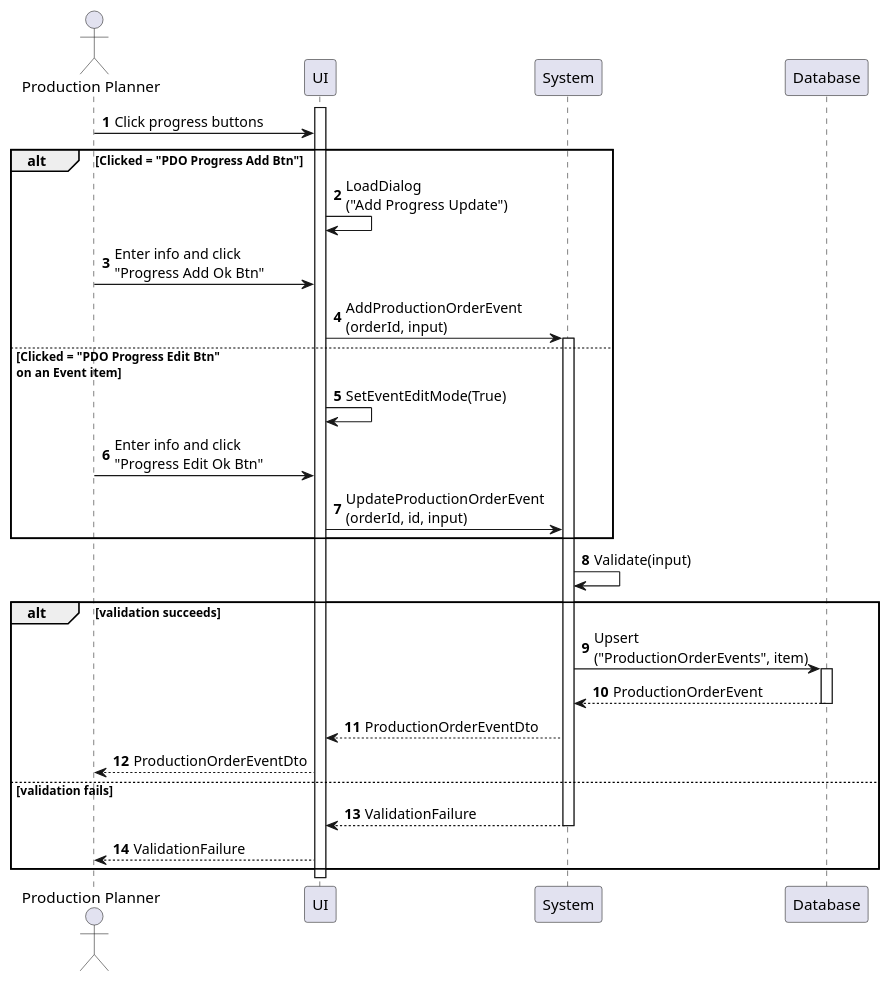
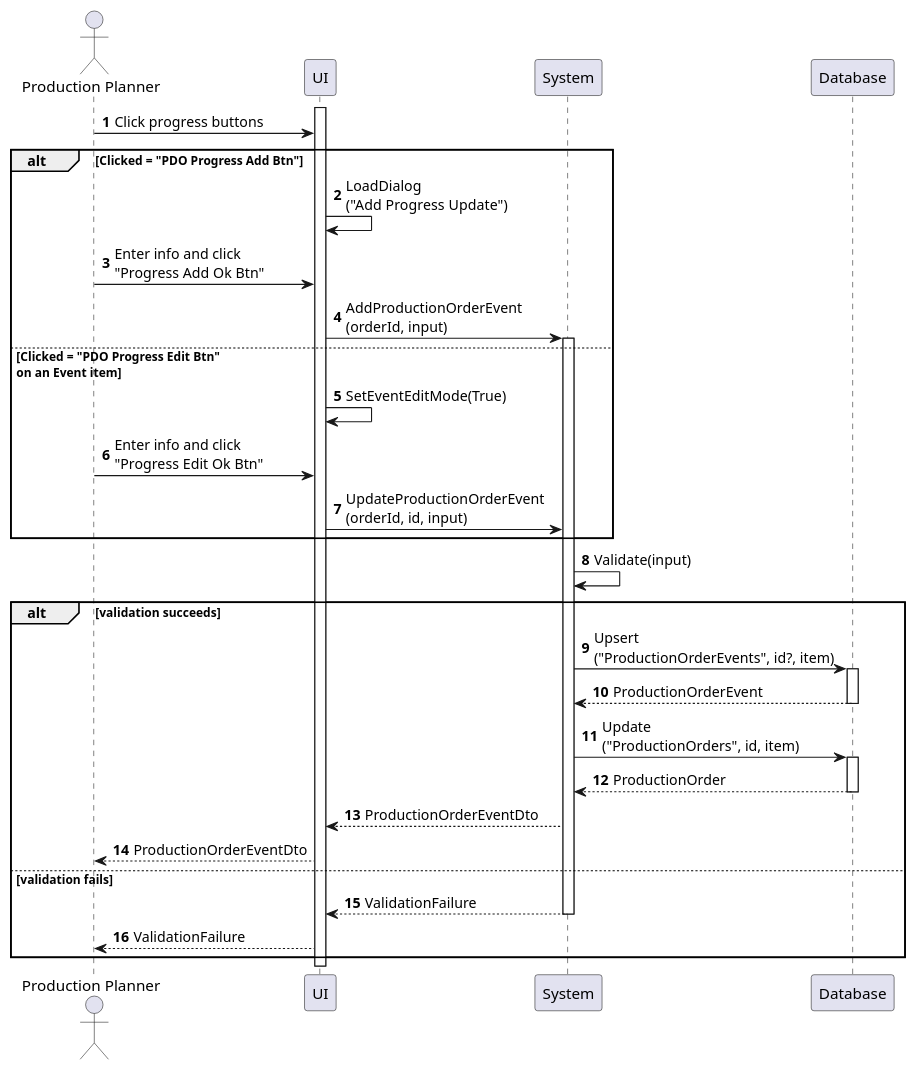
Before and after one commit to phihungha/scmss-reqs: the diagram in sequences/production-order-update-progress.plantuml, drawn with PlantUML. The commit also changed 5 other files, not shown here.

```diff
--- a/sequences/production-order-update-progress.plantuml
+++ b/sequences/production-order-update-progress.plantuml
@@ -1,36 +1,39 @@
 @startuml production-order-update-progress
 autonumber
 
 actor "Production Planner" as a
 participant UI as f
 participant System as b
 participant Database as d
 
 activate f
 a -> f : Click progress buttons
 
 alt Clicked = "PDO Progress Add Btn"
     f -> f : LoadDialog\n("Add Progress Update")
     a -> f : Enter info and click\n"Progress Add Ok Btn"
     f -> b : AddProductionOrderEvent\n(orderId, input)
     activate b
 else Clicked = "PDO Progress Edit Btn"\non an Event item
     f -> f : SetEventEditMode(True)
     a -> f : Enter info and click\n"Progress Edit Ok Btn"
     f -> b : UpdateProductionOrderEvent\n(orderId, id, input)
 end
 
 activate b
 b -> b : Validate(input)
 
 alt validation succeeds
-    b -> d : Upsert\n("ProductionOrderEvents", item)
+    b -> d : Upsert\n("ProductionOrderEvents", id?, item)
     activate d
     return ProductionOrderEvent
+    b -> d : Update\n("ProductionOrders", id, item)
+    activate d
+    return ProductionOrder
     b --> f : ProductionOrderEventDto
     f --> a : ProductionOrderEventDto
 else validation fails
     return ValidationFailure
     f --> a : ValidationFailure
 end
 @enduml
```
